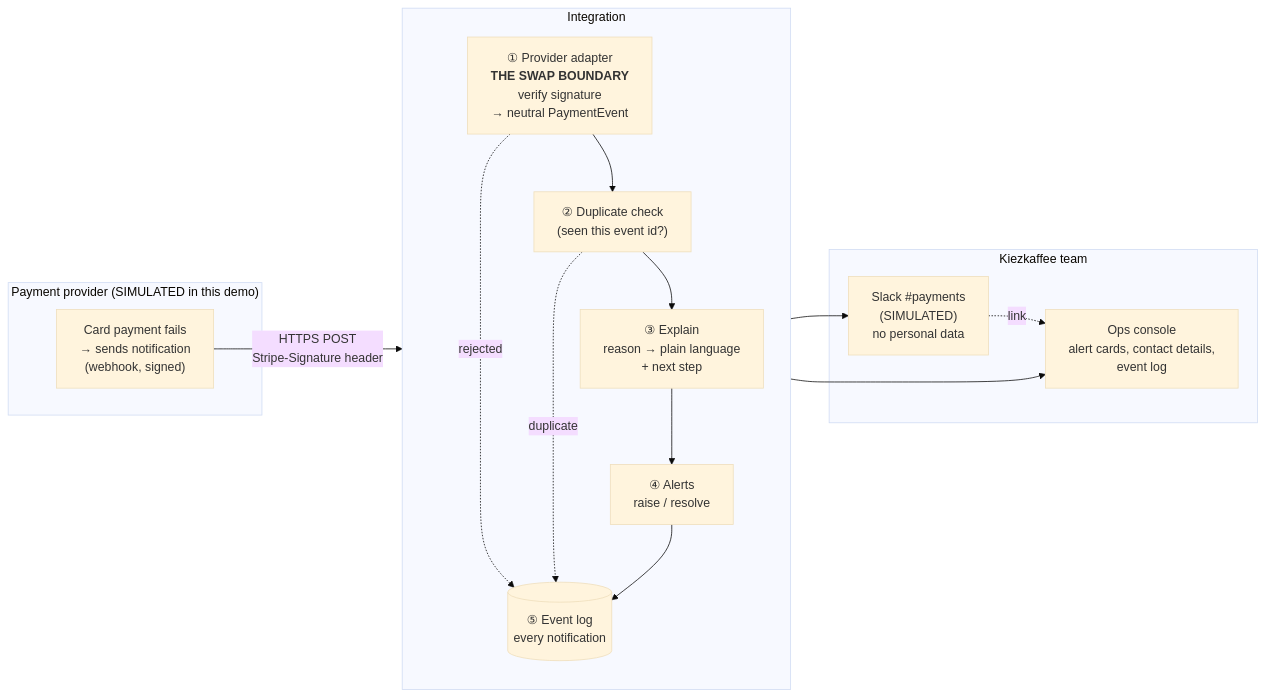
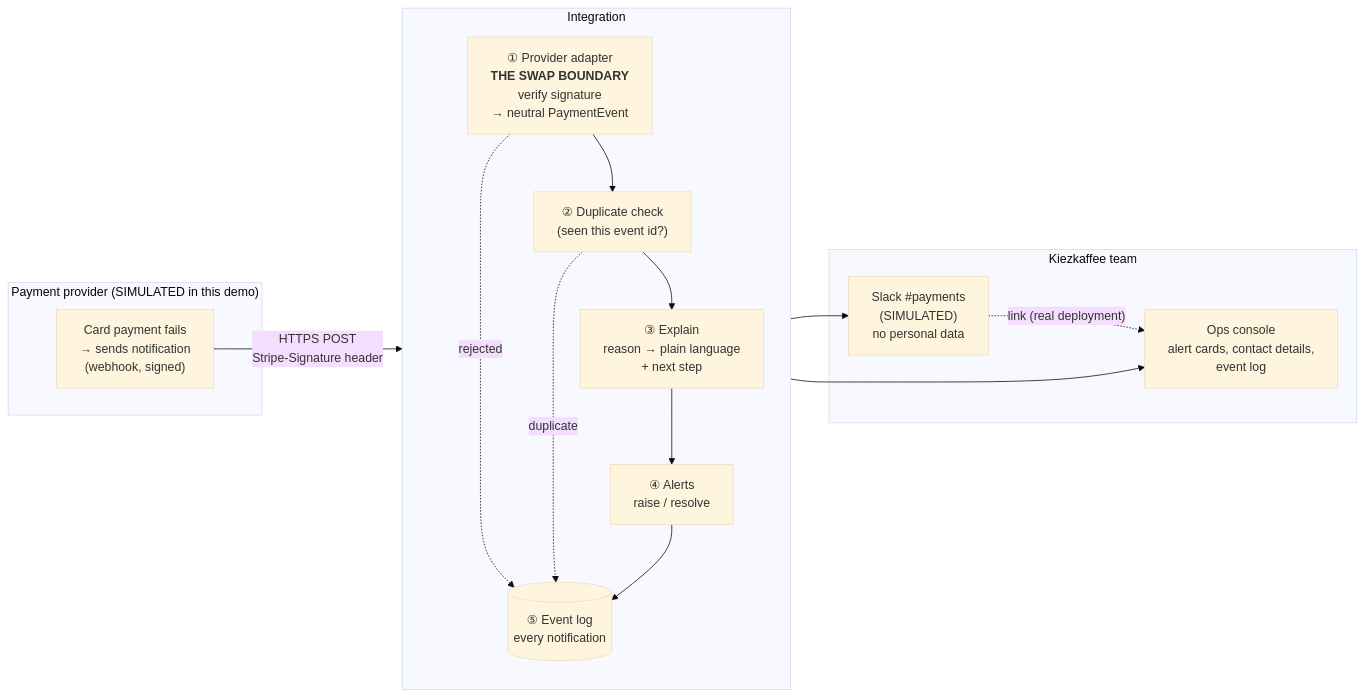
One commit to GonzaSSH/kiezkaffee-payment-alerts-poc changed the diagram in docs/solution-design.md. Above: the diagram before and after it, drawn with Mermaid (base theme). The commit also changed 7 other files, not shown here.

````diff
--- a/docs/solution-design.md
+++ b/docs/solution-design.md
@@ -8,29 +8,29 @@
 ```mermaid
 flowchart LR
     subgraph PROVIDER["Payment provider (SIMULATED in this demo)"]
         P["Card payment fails<br/>→ sends notification<br/>(webhook, signed)"]
     end
 
     subgraph INTEGRATION["Integration"]
         direction TB
         B["① Provider adapter<br/><b>THE SWAP BOUNDARY</b><br/>verify signature<br/>→ neutral PaymentEvent"]
         D["② Duplicate check<br/>(seen this event id?)"]
         E["③ Explain<br/>reason → plain language<br/>+ next step"]
         A["④ Alerts<br/>raise / resolve"]
         L[("⑤ Event log<br/>every notification")]
         B --> D --> E --> A
         B -. rejected .-> L
         D -. duplicate .-> L
         A --> L
     end
 
     subgraph TEAM["Kiezkaffee team"]
         O["Ops console<br/>alert cards, contact details,<br/>event log"]
         S["Slack #payments<br/>(SIMULATED)<br/>no personal data"]
     end
 
     P -- "HTTPS POST<br/>Stripe-Signature header" --> B
     A --> O
     A --> S
-    S -. "link" .-> O
+    S -. "link (real deployment)" .-> O
 ```
````
